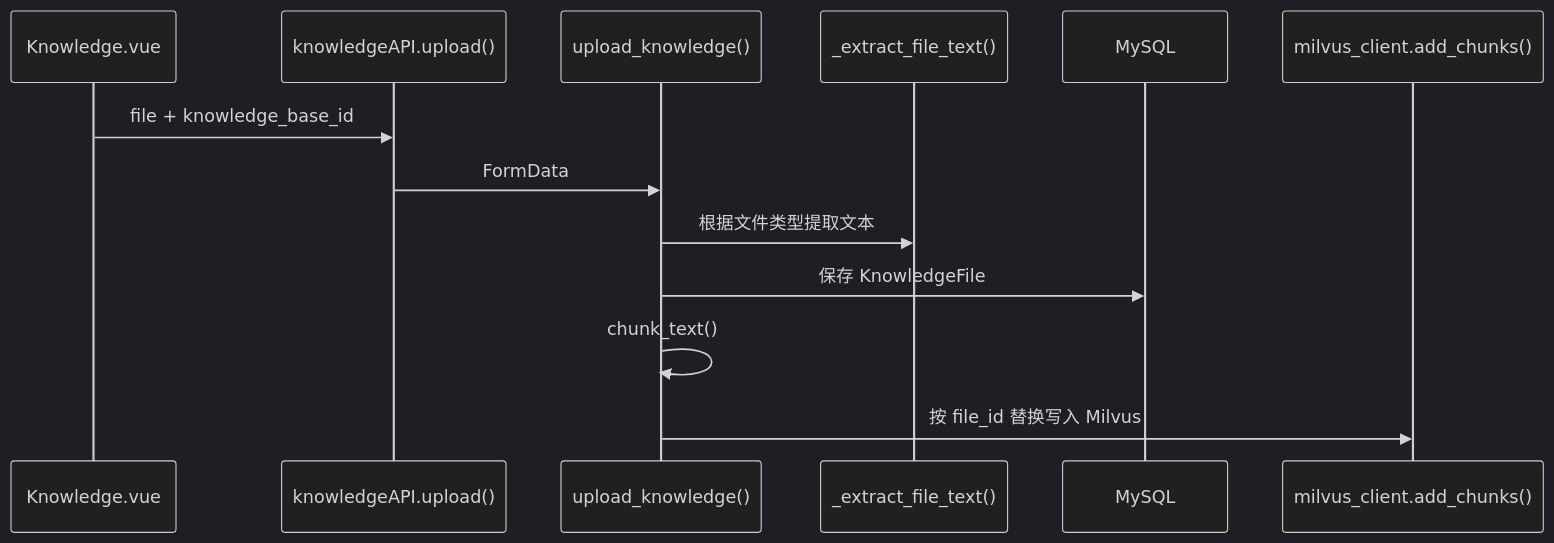
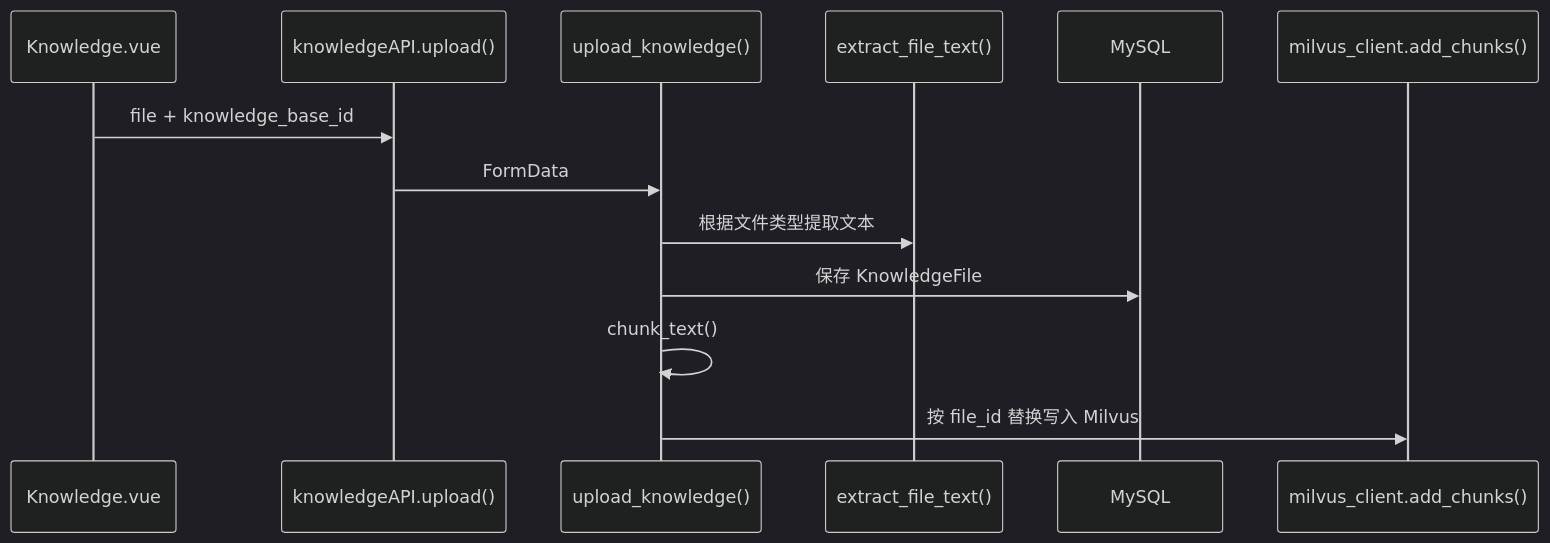
The seventh of 10 diagrams in docs/PROJECT_CODE_READING_ROADMAP.md (baiye-banned/Agent_about_answer), drawn with Mermaid (dark theme) before and after one commit. The commit also changed other lines of this file and 3 other files, not shown here.

````diff
--- a/docs/PROJECT_CODE_READING_ROADMAP.md
+++ b/docs/PROJECT_CODE_READING_ROADMAP.md
@@ -426,16 +426,16 @@
 ```mermaid
 sequenceDiagram
   participant F as Knowledge.vue
   participant A as knowledgeAPI.upload()
   participant B as upload_knowledge()
-  participant E as _extract_file_text()
+  participant E as extract_file_text()
   participant M as MySQL
   participant C as milvus_client.add_chunks()
 
   F->>A: file + knowledge_base_id
   A->>B: FormData
   B->>E: 根据文件类型提取文本
   B->>M: 保存 KnowledgeFile
   B->>B: chunk_text()
   B->>C: 按 file_id 替换写入 Milvus
 ```
````
